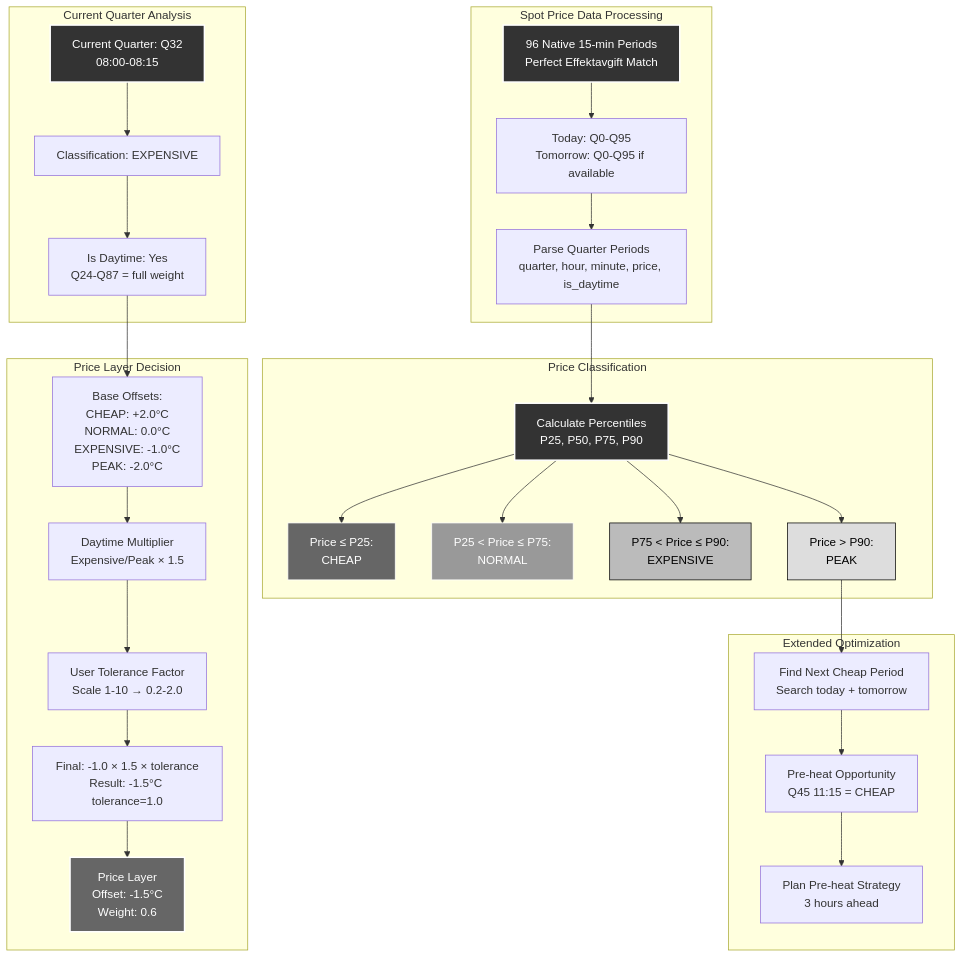
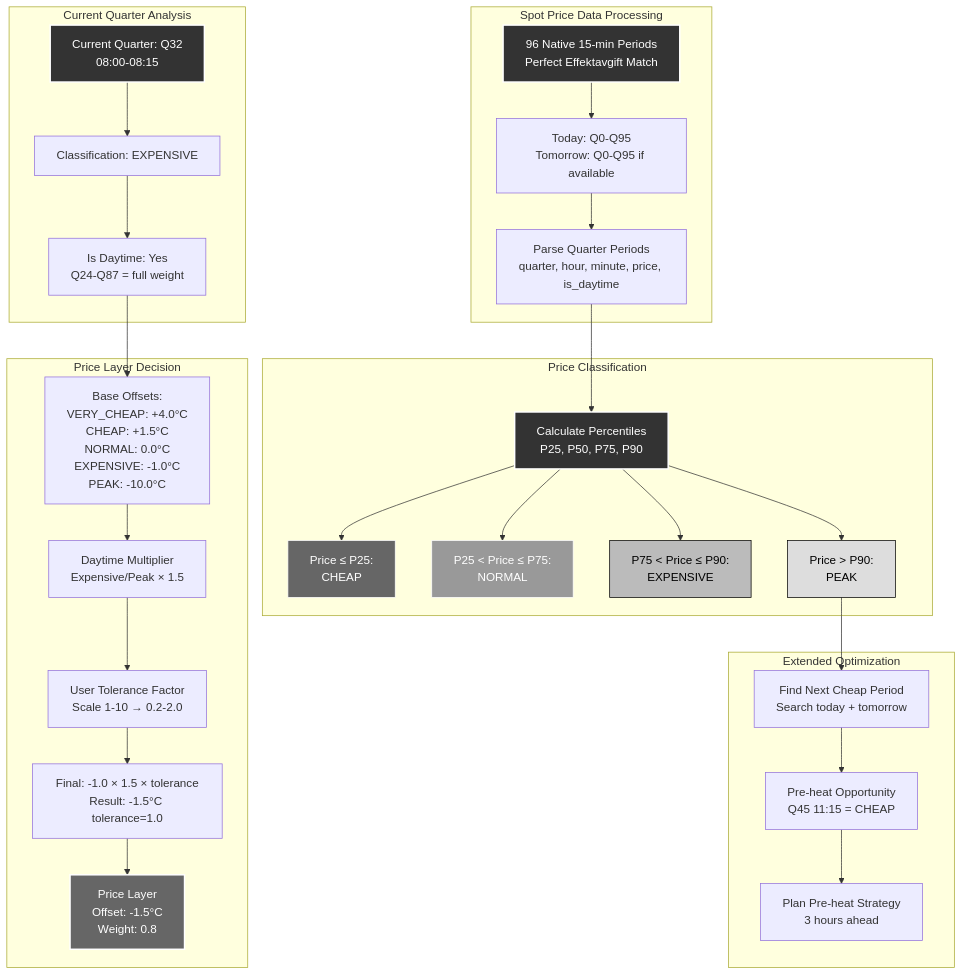
The diagram in docs/architecture/05_spot_price_optimization.md (enoch85/EffektGuard), drawn with Mermaid before and after one commit. The commit also changed other lines of this file and 6 other files, not shown here.

````diff
--- a/docs/architecture/05_spot_price_optimization.md
+++ b/docs/architecture/05_spot_price_optimization.md
@@ -5,69 +5,69 @@
 ```mermaid
 flowchart TD
     subgraph "Spot Price Data Processing"
         A[96 Native 15-min Periods<br/>Perfect Effektavgift Match]
         B[Today: Q0-Q95<br/>Tomorrow: Q0-Q95 if available]
         C[Parse Quarter Periods<br/>quarter, hour, minute, price, is_daytime]
     end
 
     subgraph "Price Classification"
         D[Calculate Percentiles<br/>P25, P50, P75, P90]
         E[Price ≤ P25:<br/>CHEAP]
         F[P25 < Price ≤ P75:<br/>NORMAL]
         G[P75 < Price ≤ P90:<br/>EXPENSIVE]
         H[Price > P90:<br/>PEAK]
     end
 
     subgraph "Current Quarter Analysis"
         I[Current Quarter: Q32<br/>08:00-08:15]
         J[Classification: EXPENSIVE]
         K[Is Daytime: Yes<br/>Q24-Q87 = full weight]
     end
 
     subgraph "Price Layer Decision"
-        L[Base Offsets:<br/>CHEAP: +2.0°C<br/>NORMAL: 0.0°C<br/>EXPENSIVE: -1.0°C<br/>PEAK: -2.0°C]
+        L[Base Offsets:<br/>VERY_CHEAP: +4.0°C<br/>CHEAP: +1.5°C<br/>NORMAL: 0.0°C<br/>EXPENSIVE: -1.0°C<br/>PEAK: -10.0°C]
         M[Daytime Multiplier<br/>Expensive/Peak × 1.5]
         N[User Tolerance Factor<br/>Scale 1-10 → 0.2-2.0]
         O[Final: -1.0 × 1.5 × tolerance<br/>Result: -1.5°C tolerance=1.0]
-        P[Price Layer<br/>Offset: -1.5°C<br/>Weight: 0.6]
+        P[Price Layer<br/>Offset: -1.5°C<br/>Weight: 0.8]
     end
 
     subgraph "Extended Optimization"
         Q[Find Next Cheap Period<br/>Search today + tomorrow]
         R[Pre-heat Opportunity<br/>Q45 11:15 = CHEAP]
         S[Plan Pre-heat Strategy<br/>3 hours ahead]
     end
 
     %% Flow
     A --> B
     B --> C
     C --> D
     D --> E
     D --> F  
     D --> G
     D --> H
     
     I --> J
     J --> K
     K --> L
     L --> M
     M --> N
     N --> O
     O --> P
     
     H --> Q
     Q --> R
     R --> S
 
     %% Styling
     style A fill:#333,stroke:#fff,stroke-width:2px,color:#fff
     style D fill:#333,stroke:#fff,stroke-width:2px,color:#fff
     style I fill:#333,stroke:#fff,stroke-width:2px,color:#fff
     
     style E fill:#666,stroke:#fff,stroke-width:1px,color:#fff
     style F fill:#999,stroke:#fff,stroke-width:1px,color:#fff
     style G fill:#bbb,stroke:#000,stroke-width:1px,color:#000
     style H fill:#ddd,stroke:#000,stroke-width:1px,color:#000
     
     style P fill:#666,stroke:#fff,stroke-width:2px,color:#fff
 ```
````
